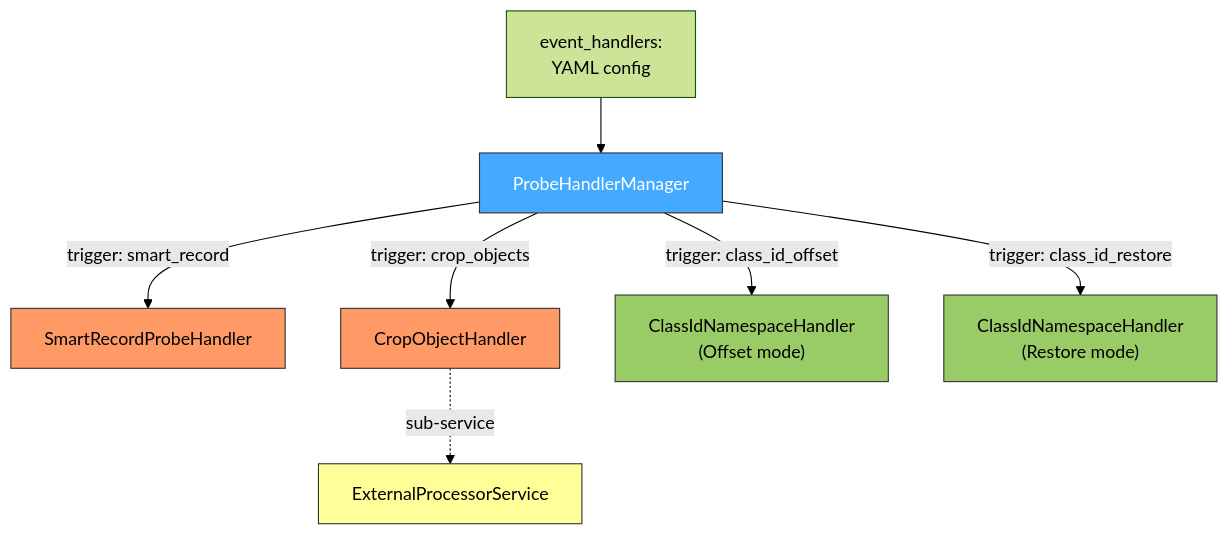
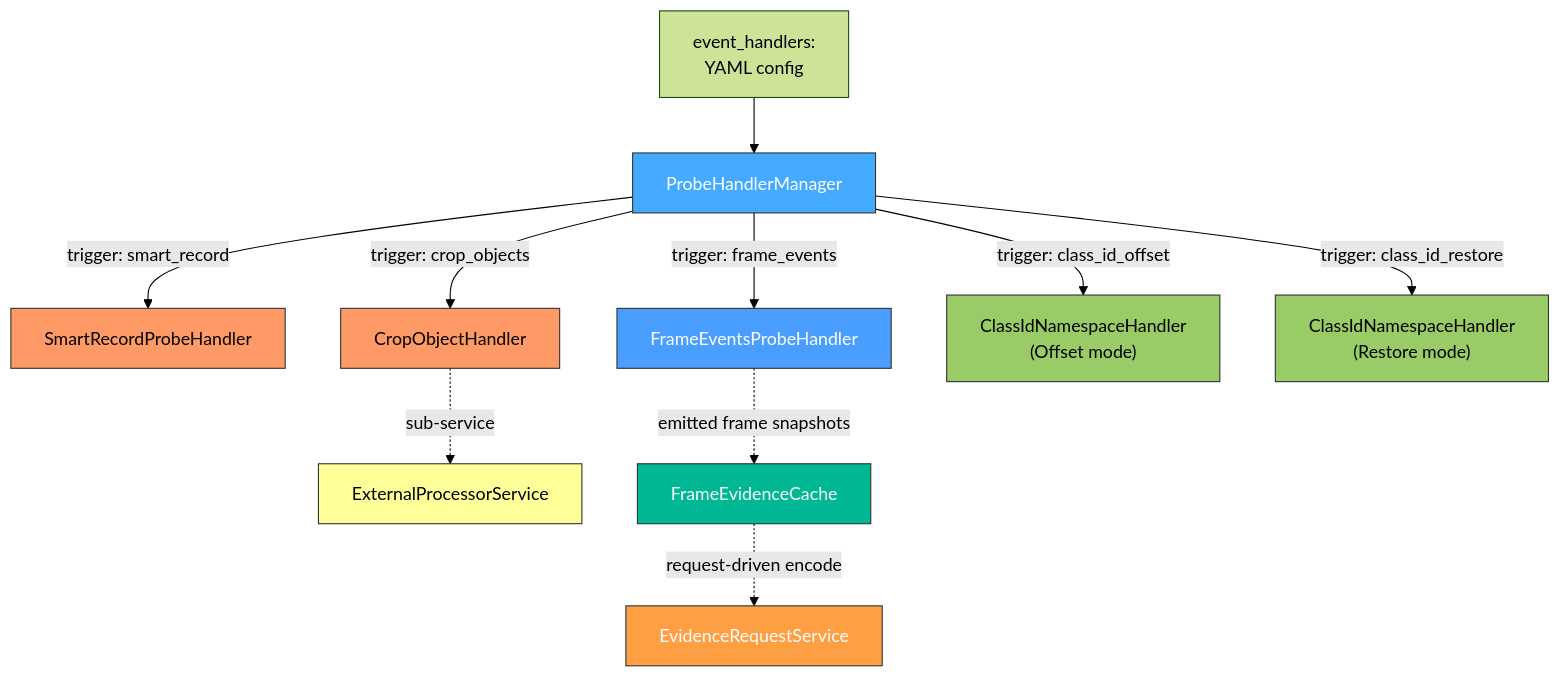
One commit to nam278/vms-engine changed the second of 8 diagrams in docs/architecture/deepstream/07_event_handlers_probes.md. Above: the diagram before and after it, drawn with Mermaid (forest theme). The commit also changed other lines of this file and 32 other files, not shown here.

First line of the commit message:
feat: Implement Frame Evidence Cache and Frame Events Probe Handler

````diff
--- a/docs/architecture/deepstream/07_event_handlers_probes.md
+++ b/docs/architecture/deepstream/07_event_handlers_probes.md
@@ -50,17 +51,23 @@
 ```mermaid
 flowchart TD
     YAML["event_handlers:<br/>YAML config"] --> PHM["ProbeHandlerManager"]
     PHM -->|trigger: smart_record| SR["SmartRecordProbeHandler"]
+    PHM -->|trigger: frame_events| FE["FrameEventsProbeHandler"]
     PHM -->|trigger: crop_objects| CROP["CropObjectHandler"]
     PHM -->|trigger: class_id_offset| CID_OFF["ClassIdNamespaceHandler<br/>(Offset mode)"]
     PHM -->|trigger: class_id_restore| CID_RES["ClassIdNamespaceHandler<br/>(Restore mode)"]
 
     CROP -.->|sub-service| EXT["ExternalProcessorService"]
+    FE -.->|emitted frame snapshots| EVC["FrameEvidenceCache"]
+    EVC -.->|request-driven encode| ERS["EvidenceRequestService"]
 
     style PHM fill:#4af,stroke:#333,color:#fff
     style SR fill:#f96,stroke:#333
+    style FE fill:#4a9eff,stroke:#333,color:#fff
     style CROP fill:#f96,stroke:#333
     style CID_OFF fill:#9c6,stroke:#333
     style CID_RES fill:#9c6,stroke:#333
     style EXT fill:#ff9,stroke:#333
+    style EVC fill:#00b894,stroke:#333,color:#fff
+    style ERS fill:#ff9f43,stroke:#333,color:#fff
 ```
````
